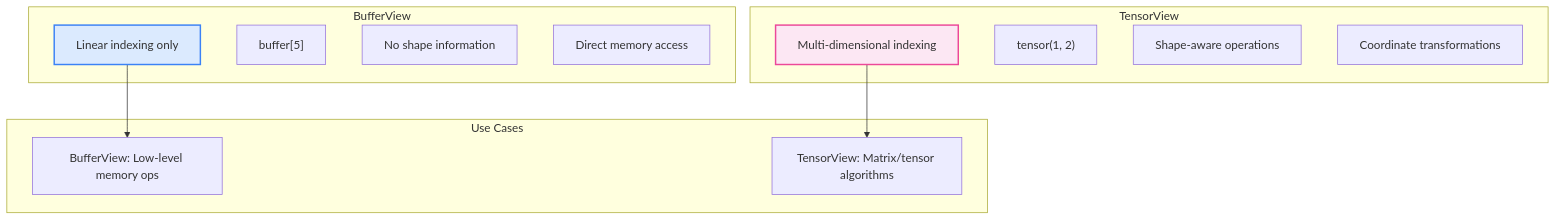
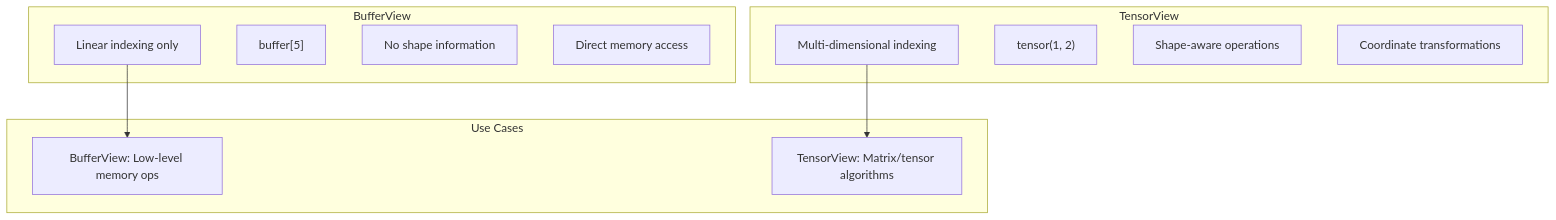
The fifth of 5 diagrams in projects/composablekernel/docs/conceptual/ck_tile/tensor_views.rst (hdt98/rocm-libraries), drawn with Mermaid before and after one commit. The commit also changed other lines of this file and 21 other files, not shown here.

First line of the commit message:
[ck] Updated CK Tile documentation to use mermaid diagrams (#7955)

```diff
--- a/projects/composablekernel/docs/conceptual/ck_tile/tensor_views.rst
+++ b/projects/composablekernel/docs/conceptual/ck_tile/tensor_views.rst
@@ -400,27 +314,24 @@
-      .. mermaid::
-      
-         graph TB
-             subgraph "BufferView"
-                 BV1["Linear indexing only"]
-                 BV2["buffer[5]"]
-                 BV3["No shape information"]
-                 BV4["Direct memory access"]
-             end
-   
-             subgraph "TensorView"
-                 TV1["Multi-dimensional indexing"]
-                 TV2["tensor(1, 2)"]
-                 TV3["Shape-aware operations"]
-                 TV4["Coordinate transformations"]
-             end
-   
-             subgraph "Use Cases"
-                 UC1["BufferView: Low-level memory ops"]
-                 UC2["TensorView: Matrix/tensor algorithms"]
-             end
-   
-             BV1 --> UC1
-             TV1 --> UC2
-   
-             style BV1 fill:#dbeafe,stroke:#3b82f6,stroke-width:2px
-             style TV1 fill:#fce7f3,stroke:#ec4899,stroke-width:2px
+.. mermaid::
+
+   graph TB
+       subgraph "BufferView"
+           BV1["Linear indexing only"]
+           BV2["buffer[5]"]
+           BV3["No shape information"]
+           BV4["Direct memory access"]
+       end
+
+       subgraph "TensorView"
+           TV1["Multi-dimensional indexing"]
+           TV2["tensor(1, 2)"]
+           TV3["Shape-aware operations"]
+           TV4["Coordinate transformations"]
+       end
+
+       subgraph "Use Cases"
+           UC1["BufferView: Low-level memory ops"]
+           UC2["TensorView: Matrix/tensor algorithms"]
+       end
+
+       BV1 --> UC1
+       TV1 --> UC2
```
